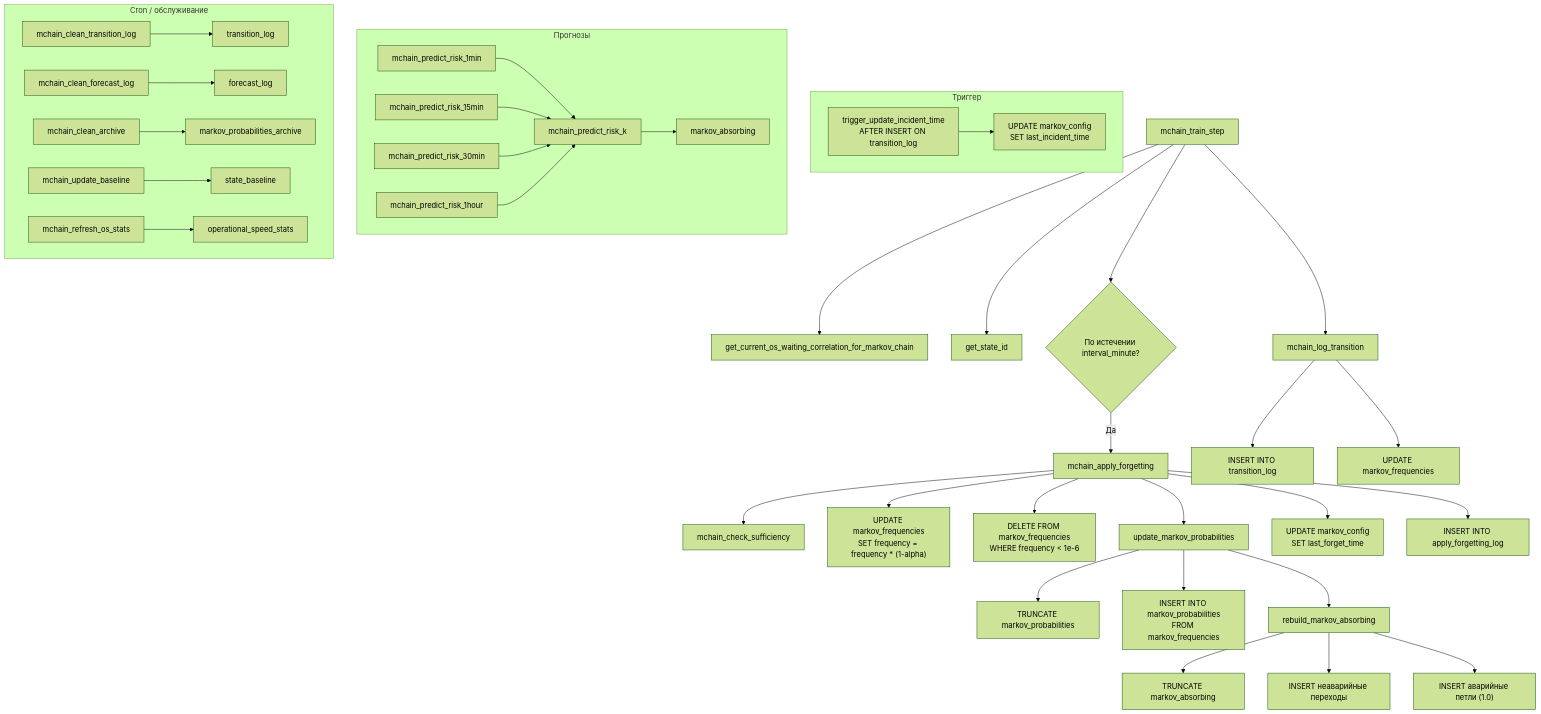
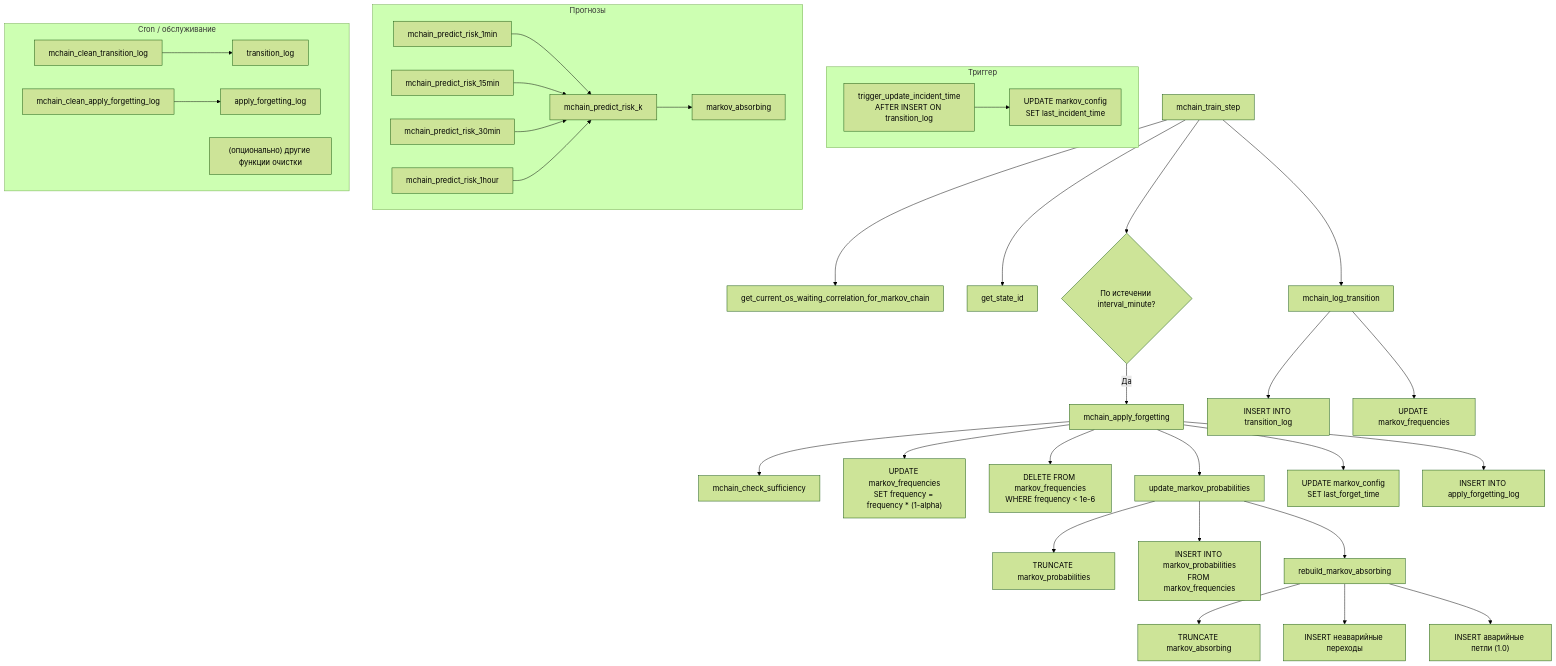
One commit to pg-expecto/pg_expecto changed the first of 2 diagrams in Markov_chain_docs/readme.md. Above: the diagram before and after it, drawn with Mermaid (forest theme). The commit also changed other lines of this file, not shown here.

````diff
--- a/Markov_chain_docs/readme.md
+++ b/Markov_chain_docs/readme.md
@@ -72,46 +75,44 @@
 ```mermaid
 flowchart TD
     A[mchain_train_step] --> B[get_current_os_waiting_correlation_for_markov_chain]
     A --> C[get_state_id]
     A --> D[mchain_log_transition]
     A --> E{По истечении interval_minute?}
     E -->|Да| F[mchain_apply_forgetting]
 
     D --> G["INSERT INTO transition_log"]
     D --> H["UPDATE markov_frequencies"]
 
     F --> I[mchain_check_sufficiency]
     F --> J["UPDATE markov_frequencies\nSET frequency = frequency * (1-alpha)"]
     F --> K["DELETE FROM markov_frequencies\nWHERE frequency < 1e-6"]
     F --> L[update_markov_probabilities]
     F --> M["UPDATE markov_config\nSET last_forget_time"]
     F --> N["INSERT INTO apply_forgetting_log"]
 
     L --> O["TRUNCATE markov_probabilities"]
     L --> P["INSERT INTO markov_probabilities\nFROM markov_frequencies"]
     L --> Q[rebuild_markov_absorbing]
 
     Q --> R["TRUNCATE markov_absorbing"]
     Q --> S["INSERT неаварийные переходы"]
     Q --> T["INSERT аварийные петли (1.0)"]
 
     subgraph Триггер
         U["trigger_update_incident_time\nAFTER INSERT ON transition_log"] --> V["UPDATE markov_config\nSET last_incident_time"]
     end
 
     subgraph Прогнозы
         W[mchain_predict_risk_1min] --> X[mchain_predict_risk_k]
         Y[mchain_predict_risk_15min] --> X
         Z[mchain_predict_risk_30min] --> X
         AA[mchain_predict_risk_1hour] --> X
         X --> markov_absorbing
     end
 
     subgraph Cron / обслуживание
         BB[mchain_clean_transition_log] --> transition_log
-        CC[mchain_clean_forecast_log] --> forecast_log
-        DD[mchain_clean_archive] --> markov_probabilities_archive
-        EE[mchain_update_baseline] --> state_baseline
-        FF[mchain_refresh_os_stats] --> operational_speed_stats
+        CC[mchain_clean_apply_forgetting_log] --> apply_forgetting_log
+        DD["(опционально) другие функции очистки"]
     end
 ```
````
